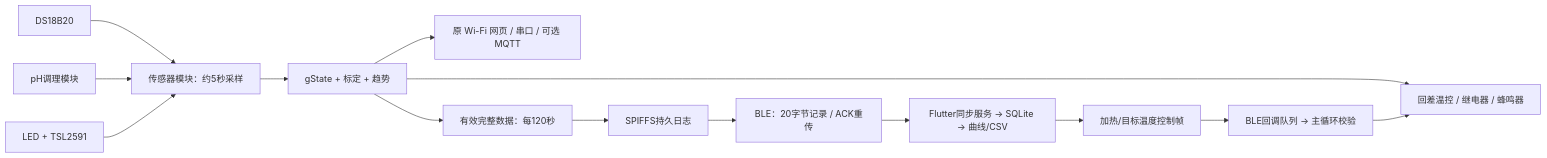
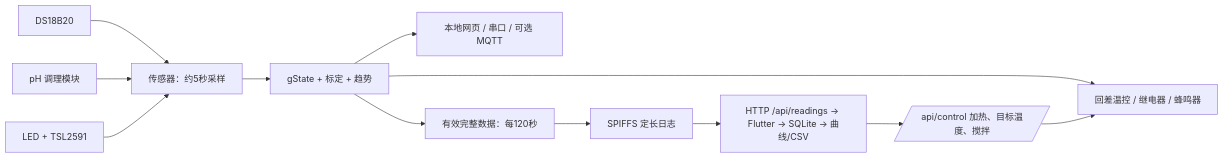
One commit to Eddie-Duan/igem-fermenter changed the diagram in firmware/esp32-s3/APP_INTEGRATION.md. Above: the diagram before and after it, drawn with Mermaid. The commit also changed other lines of this file and 44 other files, not shown here.

First line of the commit message:
Replace BLE transport with Wi-Fi HTTP device API

````diff
--- a/firmware/esp32-s3/APP_INTEGRATION.md
+++ b/firmware/esp32-s3/APP_INTEGRATION.md
@@ -19,16 +23,14 @@
 ```mermaid
 flowchart LR
-  T[DS18B20] --> S[传感器模块：约5秒采样]
-  P[pH调理模块] --> S
+  T[DS18B20] --> S[传感器：约5秒采样]
+  P[pH 调理模块] --> S
   L[LED + TSL2591] --> S
   S --> G[gState + 标定 + 趋势]
   G --> H[回差温控 / 继电器 / 蜂鸣器]
-  G --> W[原 Wi-Fi 网页 / 串口 / 可选 MQTT]
+  G --> W[本地网页 / 串口 / 可选 MQTT]
   G --> V[有效完整数据：每120秒]
-  V --> F[SPIFFS持久日志]
-  F --> B[BLE：20字节记录 / ACK重传]
-  B --> A[Flutter同步服务 → SQLite → 曲线/CSV]
-  A --> C[加热/目标温度控制帧]
-  C --> Q[BLE回调队列 → 主循环校验]
-  Q --> H
+  V --> F[SPIFFS 定长日志]
+  F --> A[HTTP /api/readings → Flutter → SQLite → 曲线/CSV]
+  A --> C[/api/control 加热、目标温度、搅拌/]
+  C --> H
 ```
````
